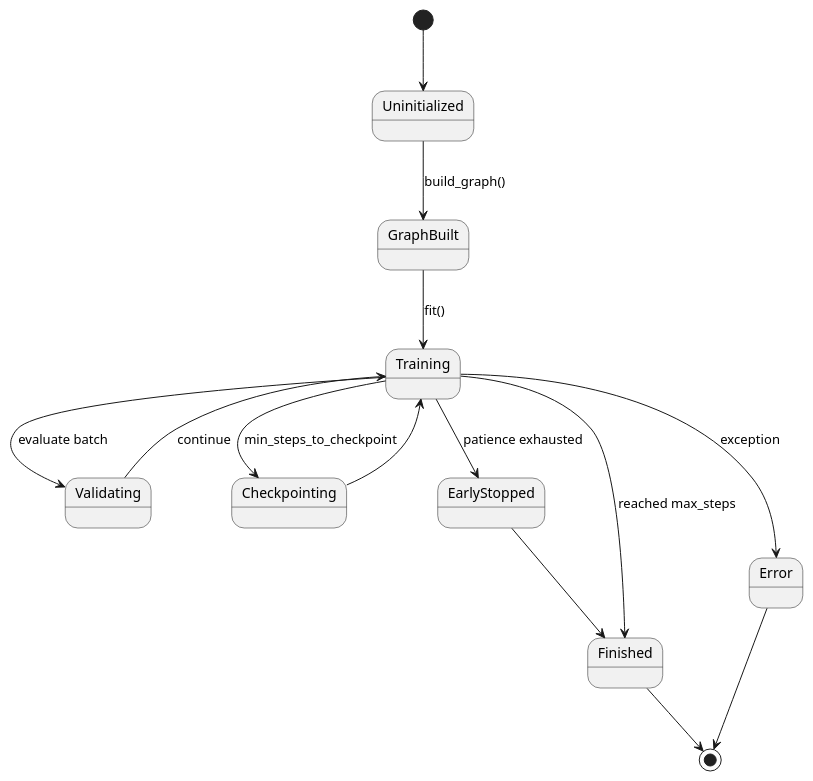
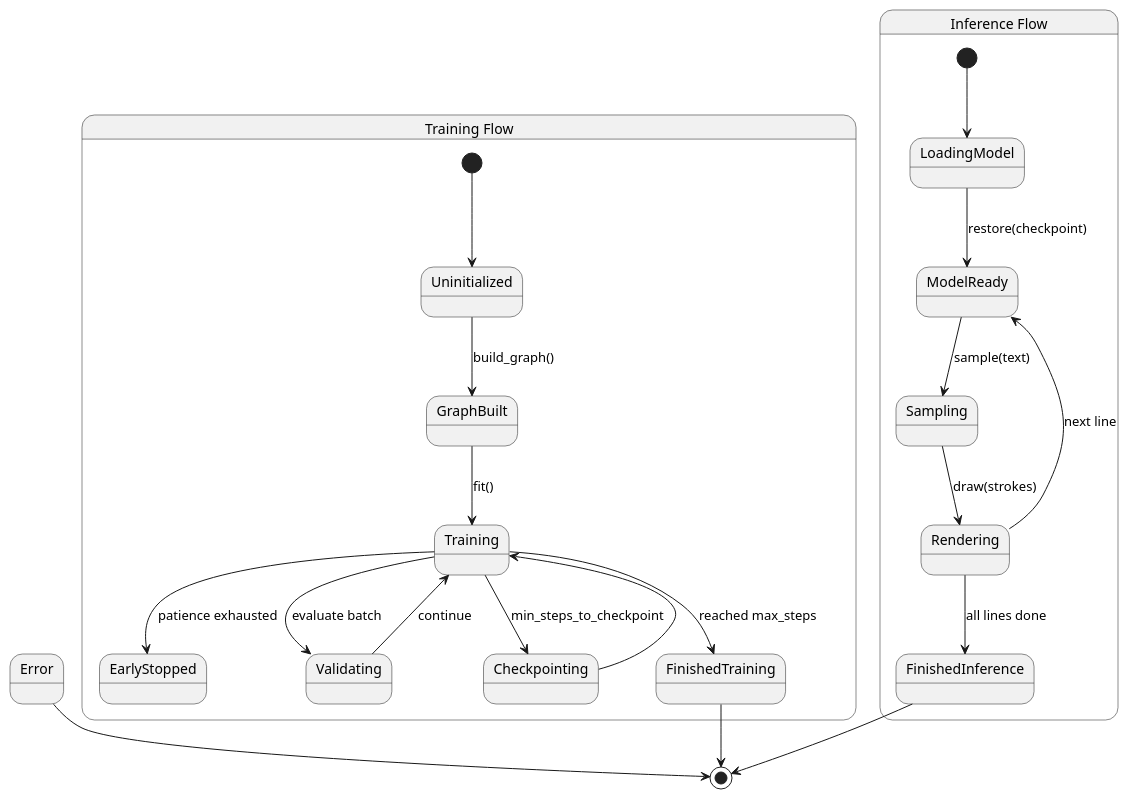
Before and after one commit to bhadraagada/ctrlpluspen: the eighth of 13 diagrams in docss/CONCEPTUAL_DIAGRAMS.md, drawn with PlantUML. The commit also changed other lines of this file and 168 other files, not shown here.

````diff
--- a/docss/CONCEPTUAL_DIAGRAMS.md
+++ b/docss/CONCEPTUAL_DIAGRAMS.md
@@ -416,24 +449,34 @@
 ```plantuml
 @startuml
 skinparam monochrome true
 skinparam shadowing false
 
-[*] --> Uninitialized
-Uninitialized --> GraphBuilt : build_graph()
-GraphBuilt --> Training : fit()
+state "Training Flow" as TrainingFlow {
+  [*] --> Uninitialized
+  Uninitialized --> GraphBuilt : build_graph()
+  GraphBuilt --> Training : fit()
 
-Training --> Validating : evaluate batch
-Validating --> Training : continue
+  Training --> Validating : evaluate batch
+  Validating --> Training : continue
 
-Training --> Checkpointing : min_steps_to_checkpoint
-Checkpointing --> Training
+  Training --> Checkpointing : min_steps_to_checkpoint
+  Checkpointing --> Training
 
-Training --> EarlyStopped : patience exhausted
-Training --> Finished : reached max_steps
-Training --> Error : exception
+  Training --> EarlyStopped : patience exhausted
+  Training --> FinishedTraining : reached max_steps
+}
 
-EarlyStopped --> Finished
+state "Inference Flow" as InferenceFlow {
+  [*] --> LoadingModel
+  LoadingModel --> ModelReady : restore(checkpoint)
+  ModelReady --> Sampling : sample(text)
+  Sampling --> Rendering : draw(strokes)
+  Rendering --> ModelReady : next line
+  Rendering --> FinishedInference : all lines done
+}
+
+FinishedTraining --> [*]
+FinishedInference --> [*]
 Error --> [*]
-Finished --> [*]
 @enduml
 ```
````
